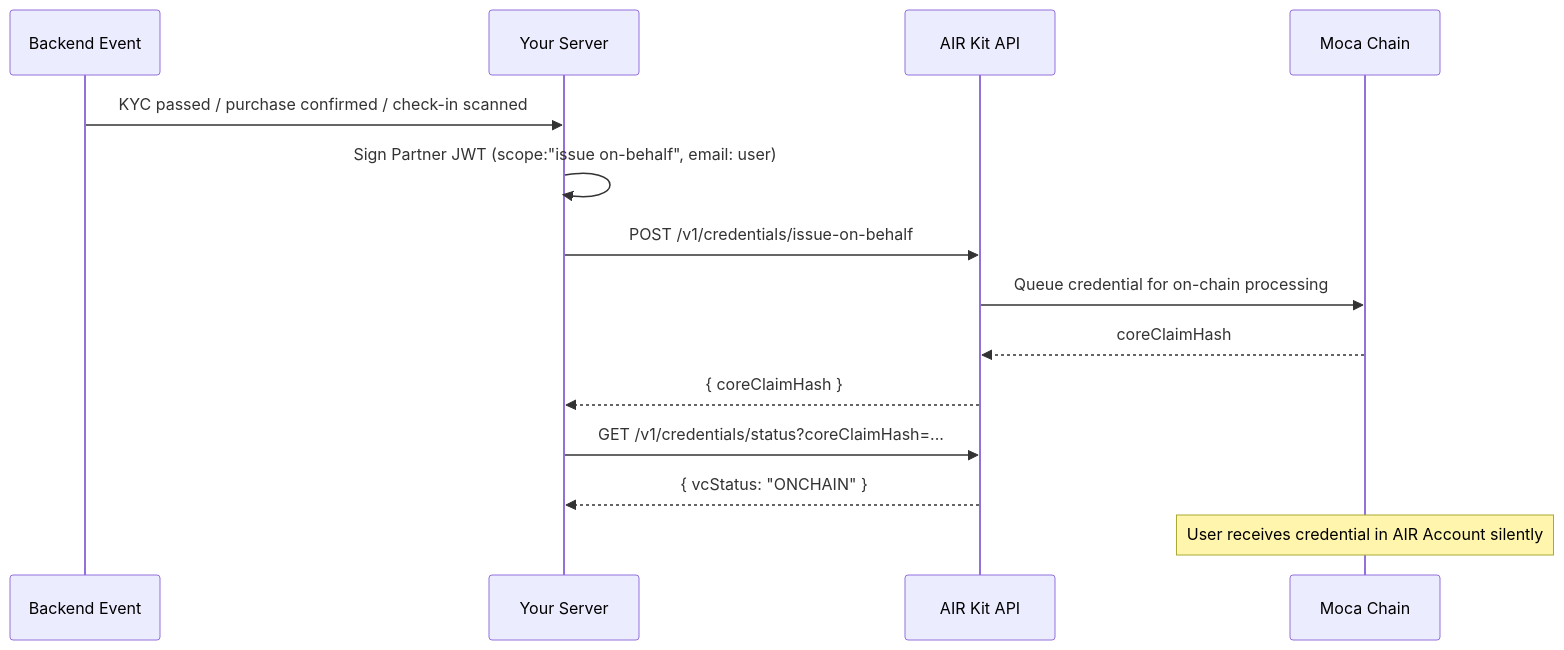
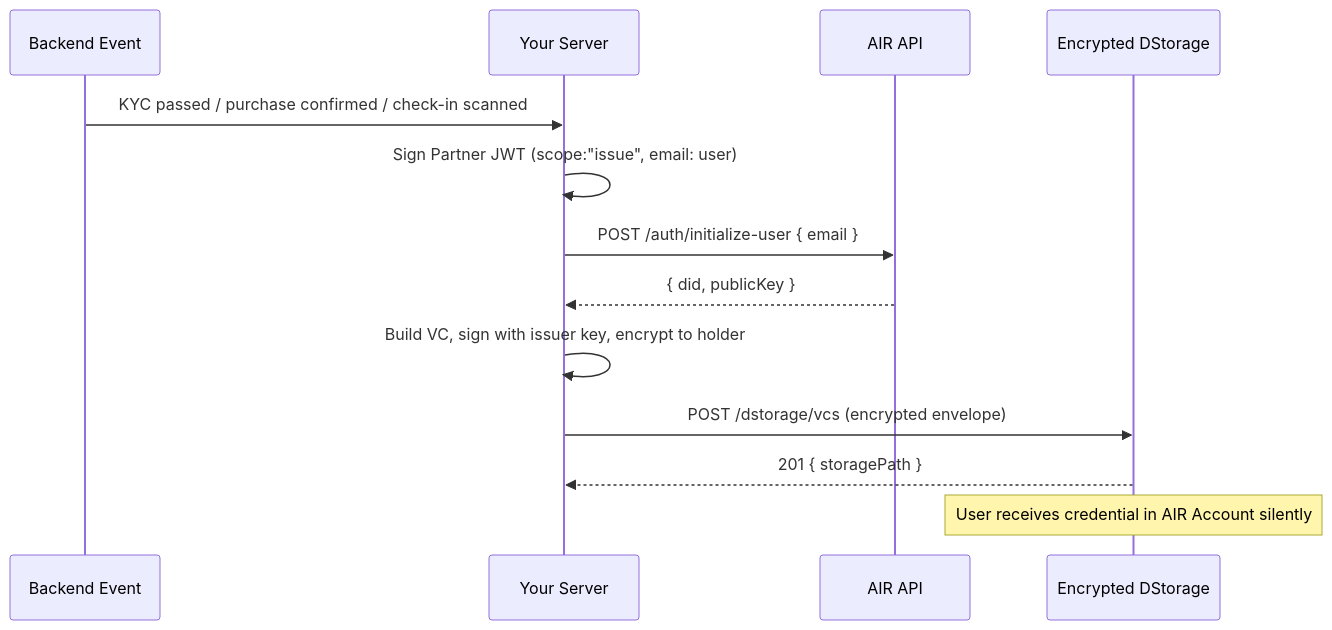
The fifth of 6 diagrams in airkit/guides/overview.mdx (MocaNetwork/docs), drawn with Mermaid before and after one commit. The commit also changed other lines of this file and 25 other files, not shown here.

First line of the commit message:
Upgrade docs for signature-based, issuer-sovereign architecture

````diff
--- a/airkit/guides/overview.mdx
+++ b/airkit/guides/overview.mdx
@@ -105,17 +105,16 @@
 ```mermaid
 sequenceDiagram
     participant Event as Backend Event
     participant Server as Your Server
-    participant API as AIR Kit API
-    participant Chain as Moca Chain
+    participant API as AIR API
+    participant DS as Encrypted DStorage
 
     Event->>Server: KYC passed / purchase confirmed / check-in scanned
-    Server->>Server: Sign Partner JWT (scope:"issue on-behalf", email: user)
-    Server->>API: POST /v1/credentials/issue-on-behalf
-    API->>Chain: Queue credential for on-chain processing
-    Chain-->>API: coreClaimHash
-    API-->>Server: { coreClaimHash }
-    Server->>API: GET /v1/credentials/status?coreClaimHash=...
-    API-->>Server: { vcStatus: "ONCHAIN" }
-    Note over Chain: User receives credential in AIR Account silently
+    Server->>Server: Sign Partner JWT (scope:"issue", email: user)
+    Server->>API: POST /auth/initialize-user { email }
+    API-->>Server: { did, publicKey }
+    Server->>Server: Build VC, sign with issuer key, encrypt to holder
+    Server->>DS: POST /dstorage/vcs (encrypted envelope)
+    DS-->>Server: 201 { storagePath }
+    Note over DS: User receives credential in AIR Account silently
 ```
````
